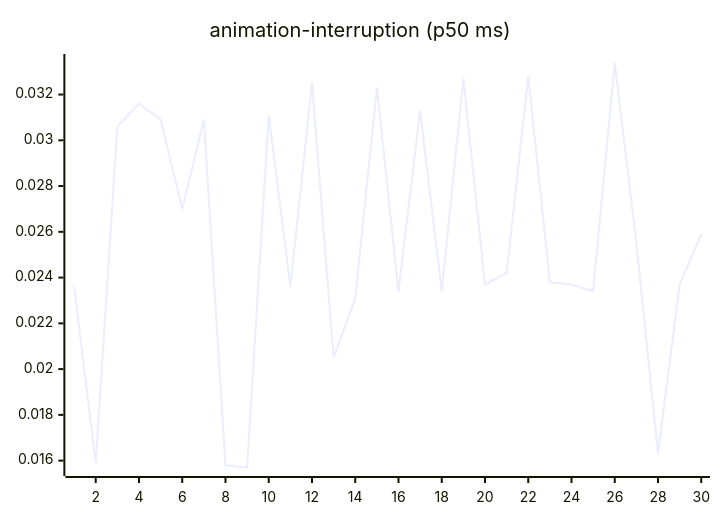
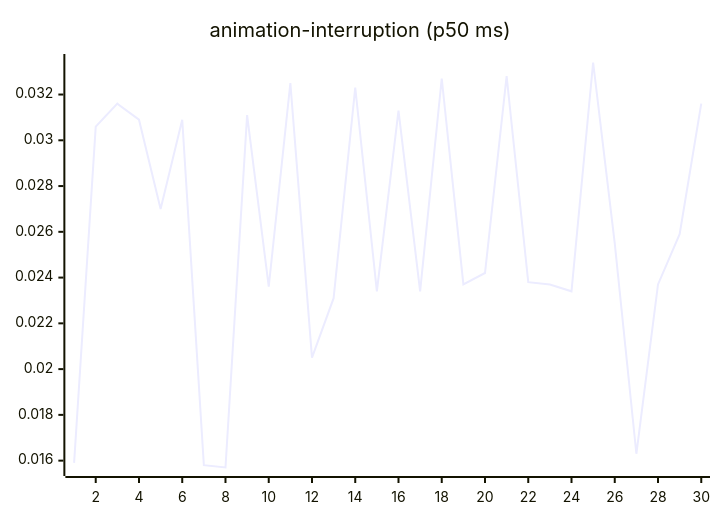
The third of 27 diagrams in README.md (josha/Facet), drawn with Mermaid before and after one commit. The commit also changed other lines of this file and 2 other files, not shown here.

````diff
--- a/README.md
+++ b/README.md
@@ -77,6 +77,6 @@
 ```mermaid
 xychart-beta
     title "animation-interruption (p50 ms)"
     x-axis 1 --> 30
-    line [0.0236, 0.0159, 0.0306, 0.0316, 0.0309, 0.0270, 0.0309, 0.0158, 0.0157, 0.0311, 0.0236, 0.0325, 0.0205, 0.0231, 0.0323, 0.0234, 0.0313, 0.0234, 0.0327, 0.0237, 0.0242, 0.0328, 0.0238, 0.0237, 0.0234, 0.0334, 0.0255, 0.0163, 0.0237, 0.0259]
+    line [0.0159, 0.0306, 0.0316, 0.0309, 0.0270, 0.0309, 0.0158, 0.0157, 0.0311, 0.0236, 0.0325, 0.0205, 0.0231, 0.0323, 0.0234, 0.0313, 0.0234, 0.0327, 0.0237, 0.0242, 0.0328, 0.0238, 0.0237, 0.0234, 0.0334, 0.0255, 0.0163, 0.0237, 0.0259, 0.0316]
 ```
````
